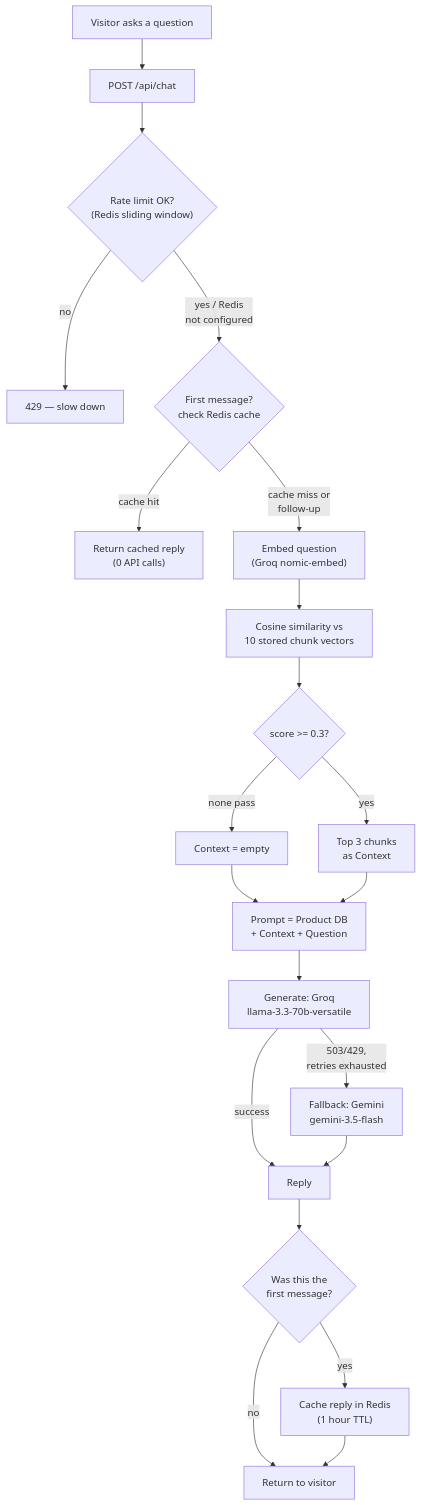
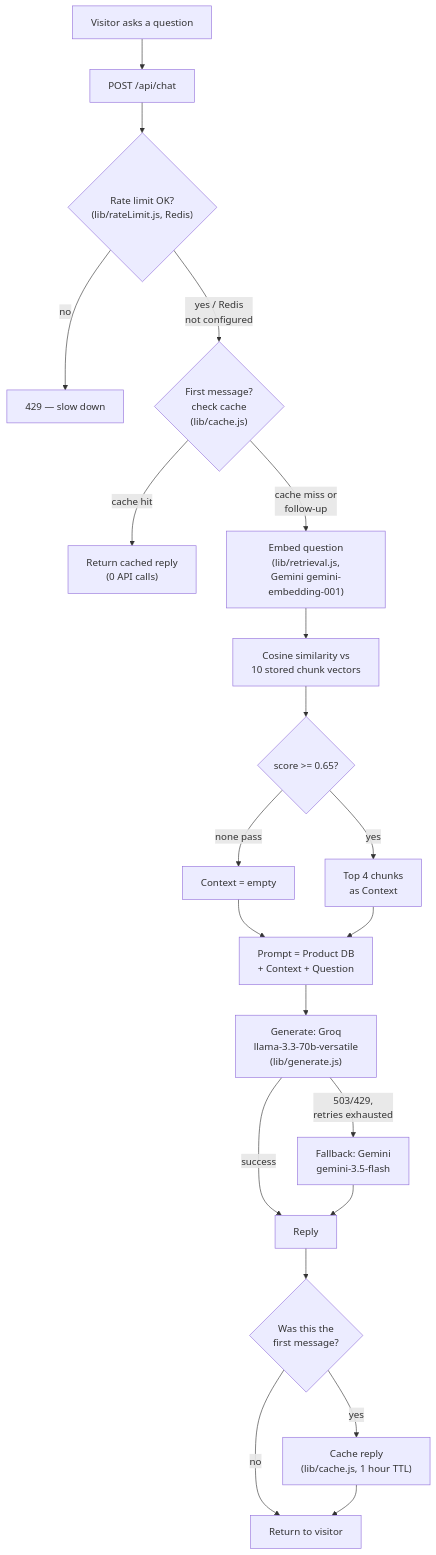
The second of 2 diagrams in README.md (visern/dot-marker-website-ai), drawn with Mermaid before and after one commit. The commit also changed other lines of this file, not shown here.

First line of the commit message:
Fix architecture diagrams to match corrected Gemini-embeddings pipeline

````diff
--- a/README.md
+++ b/README.md
@@ -39,23 +40,23 @@
 ```mermaid
 flowchart TD
     A["Visitor asks a question"] --> B["POST /api/chat"]
-    B --> C{"Rate limit OK?<br/>(Redis sliding window)"}
+    B --> C{"Rate limit OK?<br/>(lib/rateLimit.js, Redis)"}
     C -->|"no"| C1["429 — slow down"]
-    C -->|"yes / Redis<br/>not configured"| D{"First message?<br/>check Redis cache"}
+    C -->|"yes / Redis<br/>not configured"| D{"First message?<br/>check cache<br/>(lib/cache.js)"}
     D -->|"cache hit"| D1["Return cached reply<br/>(0 API calls)"]
-    D -->|"cache miss or<br/>follow-up"| E["Embed question<br/>(Groq nomic-embed)"]
+    D -->|"cache miss or<br/>follow-up"| E["Embed question<br/>(lib/retrieval.js,<br/>Gemini gemini-embedding-001)"]
     E --> F["Cosine similarity vs<br/>10 stored chunk vectors"]
-    F --> G{"score >= 0.3?"}
+    F --> G{"score >= 0.65?"}
     G -->|"none pass"| H["Context = empty"]
-    G -->|"yes"| H2["Top 3 chunks<br/>as Context"]
+    G -->|"yes"| H2["Top 4 chunks<br/>as Context"]
     H --> I["Prompt = Product DB<br/>+ Context + Question"]
     H2 --> I
-    I --> J["Generate: Groq<br/>llama-3.3-70b-versatile"]
+    I --> J["Generate: Groq<br/>llama-3.3-70b-versatile<br/>(lib/generate.js)"]
     J -->|"503/429,<br/>retries exhausted"| K["Fallback: Gemini<br/>gemini-3.5-flash"]
     J -->|"success"| L["Reply"]
     K --> L
     L --> M{"Was this the<br/>first message?"}
-    M -->|"yes"| N["Cache reply in Redis<br/>(1 hour TTL)"]
+    M -->|"yes"| N["Cache reply<br/>(lib/cache.js, 1 hour TTL)"]
     M -->|"no"| O["Return to visitor"]
     N --> O
 ```
````
